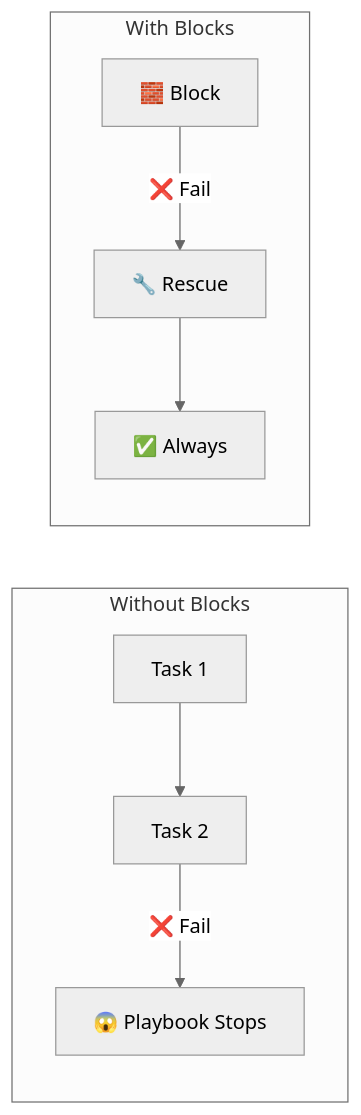
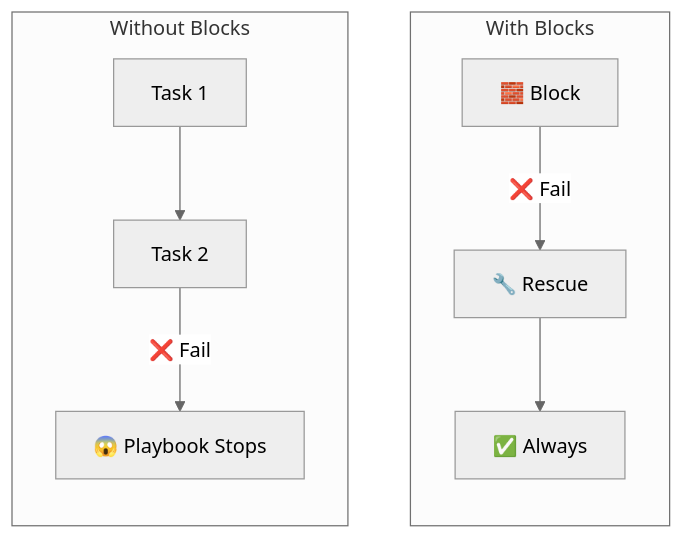
Before and after one commit to inno-devops-labs/DevOps-Core-Course: the fifth of 16 diagrams in lectures/lec6.md, drawn with Mermaid (neutral theme). The commit also changed other lines of this file and 14 other files, not shown here.

First line of the commit message:
Merge pull request #3565 from LocalT0aster/fix-flowcharts

````diff
--- a/lectures/lec6.md
+++ b/lectures/lec6.md
@@ -223,11 +223,13 @@
 ```mermaid
-flowchart LR
-  subgraph Without Blocks
+flowchart TD
+  subgraph "With Blocks"
+    direction TD
+    B1[🧱 Block] -->|❌ Fail| R1[🔧 Rescue]
+    R1 --> A1[✅ Always]
+  end
+  subgraph "Without Blocks"
+    direction TD
     T1[Task 1] --> T2[Task 2]
     T2 -->|❌ Fail| Stop[😱 Playbook Stops]
   end
-  subgraph With Blocks
-    B1[🧱 Block] -->|❌ Fail| R1[🔧 Rescue]
-    R1 --> A1[✅ Always]
-  end
 ```
````
